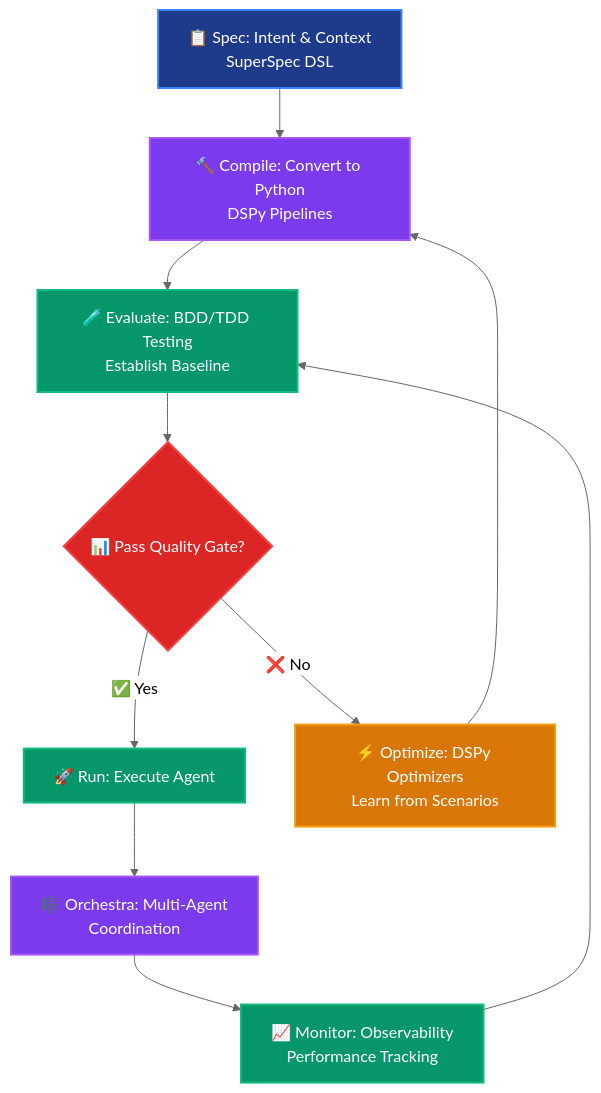
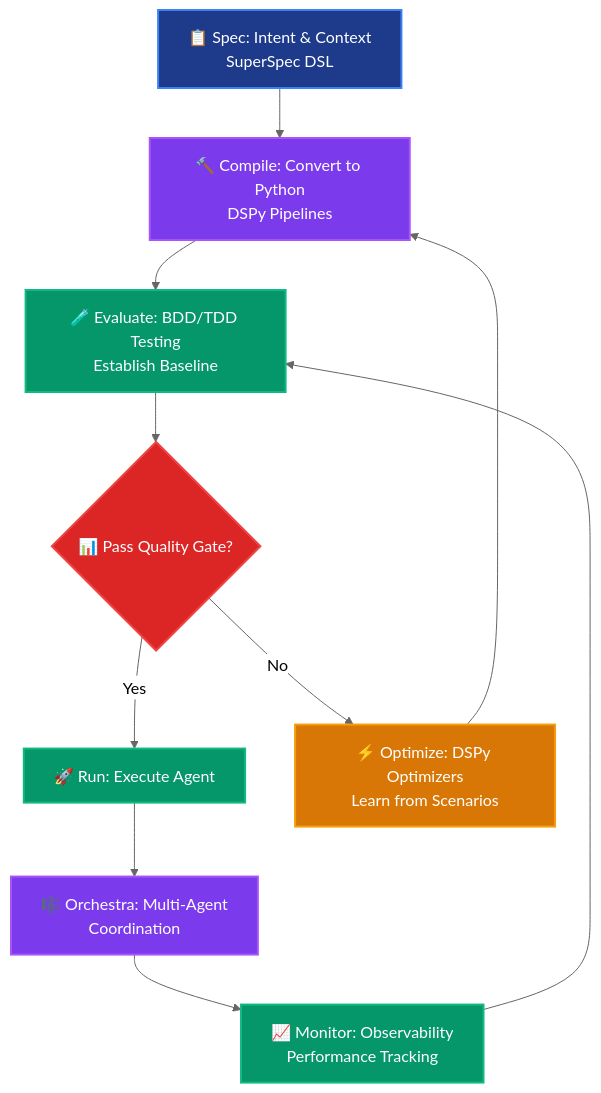
One commit to SuperagenticAI/superoptix changed the diagram in docs/guides/agent-development.md. Above: the diagram before and after it, drawn with Mermaid (neutral theme). The commit also changed other lines of this file and 160 other files, not shown here.

````diff
--- a/docs/guides/agent-development.md
+++ b/docs/guides/agent-development.md
@@ -9,21 +9,21 @@
 ```mermaid
 graph TD
     A[📋 Spec: Intent & Context<br/>SuperSpec DSL] --> B[🔨 Compile: Convert to Python<br/>DSPy Pipelines]
     B --> C[🧪 Evaluate: BDD/TDD Testing<br/>Establish Baseline]
     C --> D{📊 Pass Quality Gate?}
-    D -->|✅ Yes| E[🚀 Run: Execute Agent]
-    D -->|❌ No| F[⚡ Optimize: DSPy Optimizers<br/>Learn from Scenarios]
+    D -->|Yes| E[🚀 Run: Execute Agent]
+    D -->|No| F[⚡ Optimize: DSPy Optimizers<br/>Learn from Scenarios]
     F --> B
     E --> G[🎼 Orchestra: Multi-Agent<br/>Coordination]
     G --> H[📈 Monitor: Observability<br/>Performance Tracking]
     H --> C
     
     style A fill:#1e3a8a,stroke:#3b82f6,stroke-width:2px,color:#ffffff
     style B fill:#7c3aed,stroke:#a855f7,stroke-width:2px,color:#ffffff
     style C fill:#059669,stroke:#10b981,stroke-width:2px,color:#ffffff
     style D fill:#dc2626,stroke:#ef4444,stroke-width:2px,color:#ffffff
     style E fill:#059669,stroke:#10b981,stroke-width:2px,color:#ffffff
     style F fill:#d97706,stroke:#f59e0b,stroke-width:2px,color:#ffffff
     style G fill:#7c3aed,stroke:#a855f7,stroke-width:2px,color:#ffffff
     style H fill:#059669,stroke:#10b981,stroke-width:2px,color:#ffffff
 ```
````
